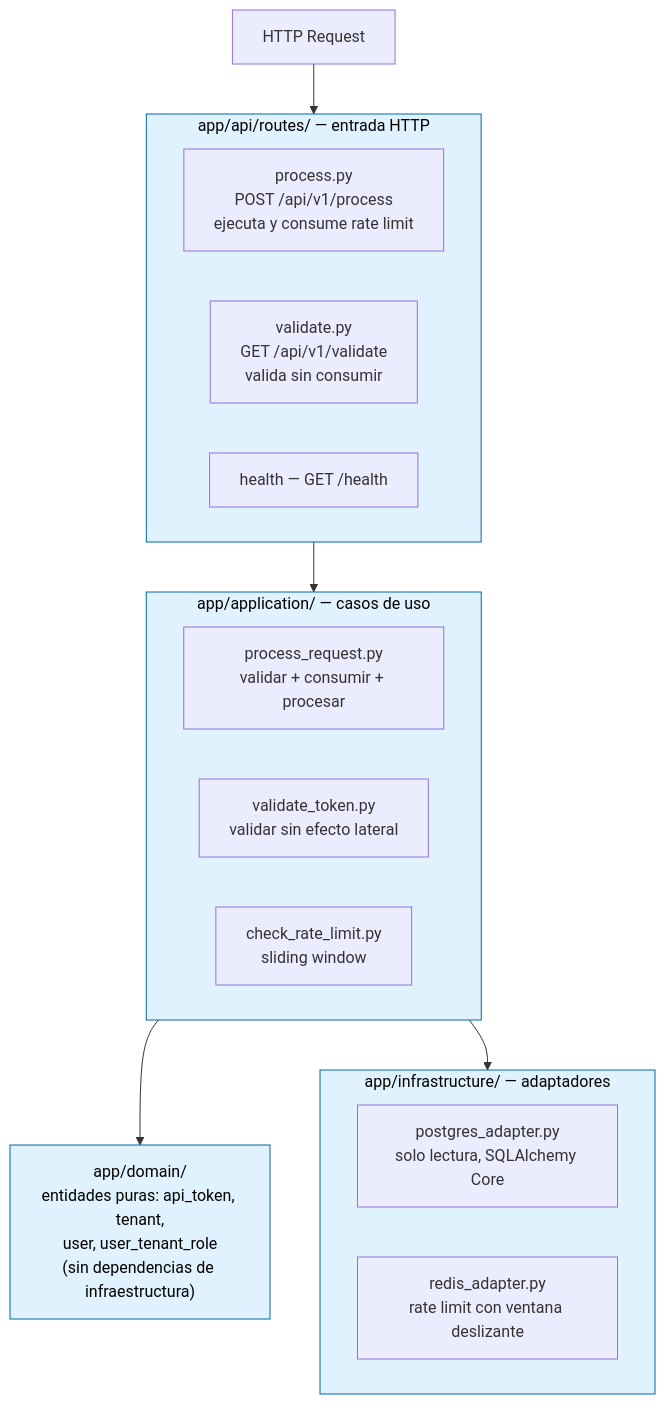
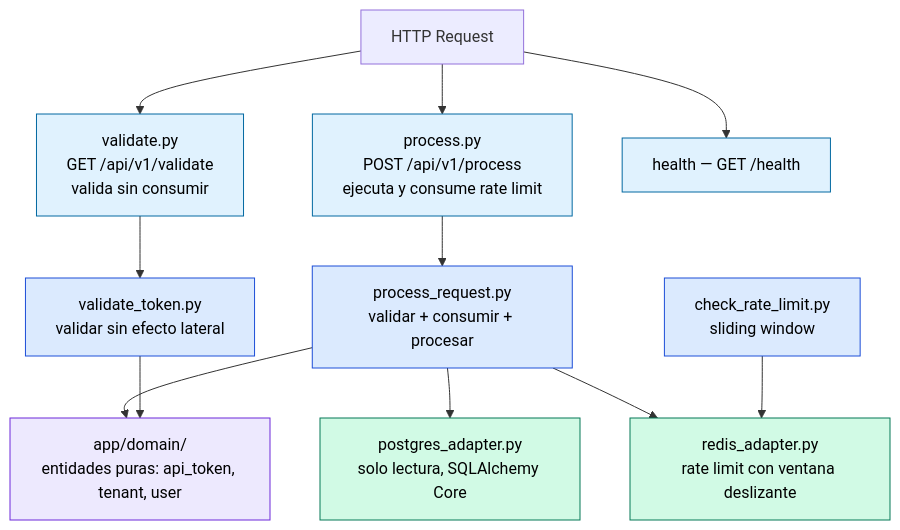
Diagram 14 of 17 in README.md (csotelo/cimbra), drawn with Mermaid before and after one commit. The commit also changed other lines of this file, not shown here.

First line of the commit message:
fix: eliminar subgraphs y patrones de alto riesgo en diagramas Mermaid

````diff
--- a/README.md
+++ b/README.md
@@ -731,30 +717,29 @@
 ```mermaid
 flowchart TD
-    REQ["HTTP Request"] --> ROUTES
+    REQ["HTTP Request"] --> P
+    REQ --> V
+    REQ --> H
 
-    subgraph ROUTES["app/api/routes/ — entrada HTTP"]
-        P["process.py<br/>POST /api/v1/process<br/>ejecuta y consume rate limit"]
-        V["validate.py<br/>GET /api/v1/validate<br/>valida sin consumir"]
-        H["health — GET /health"]
-    end
+    P["process.py<br/>POST /api/v1/process<br/>ejecuta y consume rate limit"] --> PR
+    V["validate.py<br/>GET /api/v1/validate<br/>valida sin consumir"] --> VT
+    H["health — GET /health"]
 
-    ROUTES --> APP
+    PR["process_request.py<br/>validar + consumir + procesar"] --> DOM
+    PR --> PGA
+    PR --> RA
+    VT["validate_token.py<br/>validar sin efecto lateral"] --> DOM
+    CRL["check_rate_limit.py<br/>sliding window"] --> RA
 
-    subgraph APP["app/application/ — casos de uso"]
-        PR["process_request.py<br/>validar + consumir + procesar"]
-        VT["validate_token.py<br/>validar sin efecto lateral"]
-        CRL["check_rate_limit.py<br/>sliding window"]
-    end
+    DOM["app/domain/<br/>entidades puras: api_token, tenant, user"]
+    PGA["postgres_adapter.py<br/>solo lectura, SQLAlchemy Core"]
+    RA["redis_adapter.py<br/>rate limit con ventana deslizante"]
 
-    APP --> DOM["app/domain/<br/>entidades puras: api_token, tenant,<br/>user, user_tenant_role<br/>(sin dependencias de infraestructura)"]
-
-    APP --> INFRA
-
-    subgraph INFRA["app/infrastructure/ — adaptadores"]
-        PGA["postgres_adapter.py<br/>solo lectura, SQLAlchemy Core"]
-        RA["redis_adapter.py<br/>rate limit con ventana deslizante"]
-    end
-
-    classDef capa fill:#e0f2fe,stroke:#0369a1,color:#000
-    class ROUTES,APP,DOM,INFRA capa
+    classDef rutas fill:#e0f2fe,stroke:#0369a1,color:#000
+    classDef casos fill:#dbeafe,stroke:#1d4ed8,color:#000
+    classDef dominio fill:#ede9fe,stroke:#6d28d9,color:#000
+    classDef infra fill:#d1fae5,stroke:#047857,color:#000
+    class P,V,H rutas
+    class PR,VT,CRL casos
+    class DOM dominio
+    class PGA,RA infra
 ```
````
